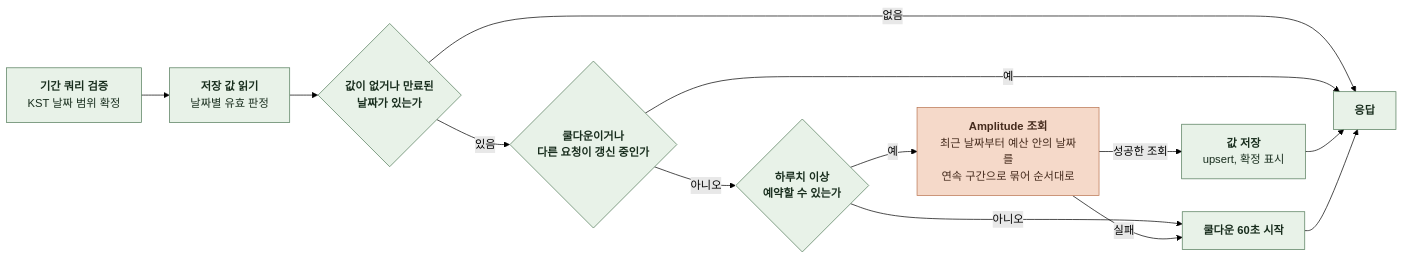
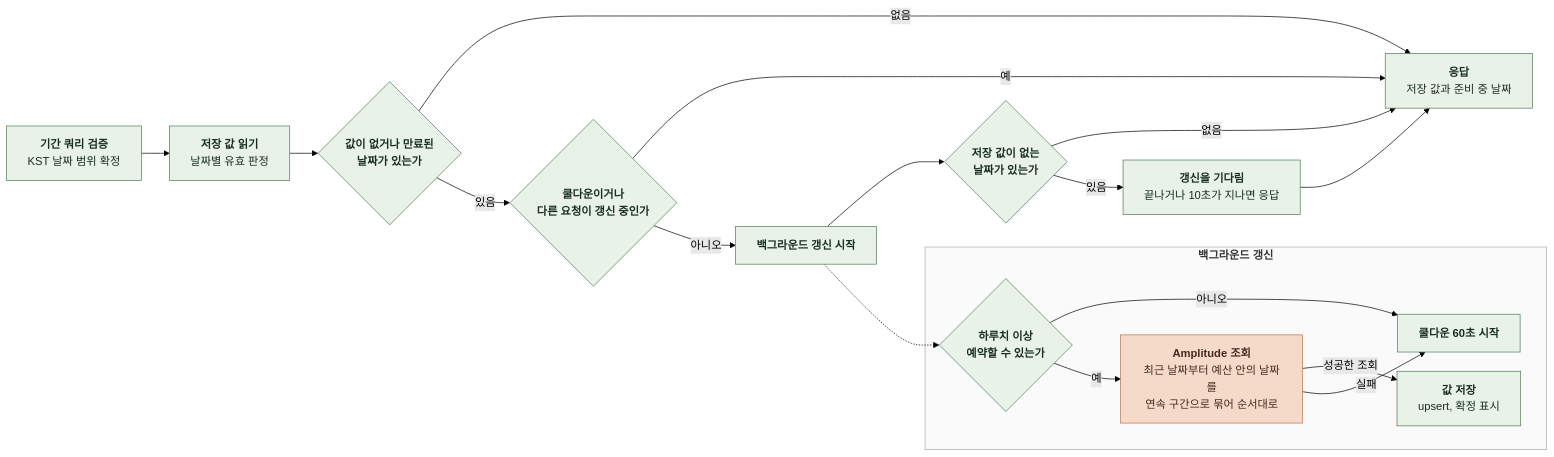
Diagram 16 of 19 in docs/domain/ADMIN/BACKEND/4-1-PIPELINES.md (KIM-N-KANG/knk-harness), drawn with Mermaid (forest theme) before and after one commit. The commit also changed other lines of this file and 9 other files, not shown here.

First line of the commit message:
[KNK-1889] Docs: Amplitude 지표 갱신을 백그라운드로 바꾸고 요청 대기를 10초로 제한

````diff
--- a/docs/domain/ADMIN/BACKEND/4-1-PIPELINES.md
+++ b/docs/domain/ADMIN/BACKEND/4-1-PIPELINES.md
@@ -613,28 +601,38 @@
 ```mermaid
 %%{init: {"flowchart": {"curve": "basis", "nodeSpacing": 24, "rankSpacing": 40}}}%%
 flowchart LR
     A["`**기간 쿼리 검증**
 KST 날짜 범위 확정`"] --> B["`**저장 값 읽기**
 날짜별 유효 판정`"]
     B --> C{"`**값이 없거나 만료된
 날짜가 있는가**`"}
-    C -->|없음| R["`**응답**`"]
+    C -->|없음| R["`**응답**
+저장 값과 준비 중 날짜`"]
     C -->|있음| D{"`**쿨다운이거나
 다른 요청이 갱신 중인가**`"}
     D -->|예| R
-    D -->|아니오| E{"`**하루치 이상
+    D -->|아니오| S["`**백그라운드 갱신 시작**`"]
+    S --> W{"`**저장 값이 없는
+날짜가 있는가**`"}
+    W -->|없음| R
+    W -->|있음| V["`**갱신을 기다림**
+끝나거나 10초가 지나면 응답`"]
+    V --> R
+    S -.-> E
+    subgraph BG["`**백그라운드 갱신**`"]
+        E{"`**하루치 이상
 예약할 수 있는가**`"}
-    E -->|아니오| H["`**쿨다운 60초 시작**`"]
-    E -->|예| F["`**Amplitude 조회**
+        E -->|아니오| H["`**쿨다운 60초 시작**`"]
+        E -->|예| F["`**Amplitude 조회**
 최근 날짜부터 예산 안의 날짜를
 연속 구간으로 묶어 순서대로`"]
-    F -->|성공한 조회| G["`**값 저장**
+        F -->|성공한 조회| G["`**값 저장**
 upsert, 확정 표시`"]
-    F -->|실패| H
-    G --> R
-    H --> R
+        F -->|실패| H
+    end
+    style BG fill:#FAFAFA,stroke:#AAAAAA
     classDef comp fill:#E8F2E8,stroke:#527A59,color:#182D1D
     classDef task fill:#F5D9C9,stroke:#B97450,color:#452B1D
-    class A,B,C,D,E,G,H,R comp
+    class A,B,C,D,E,G,H,R,S,V,W comp
     class F task
 ```
````
